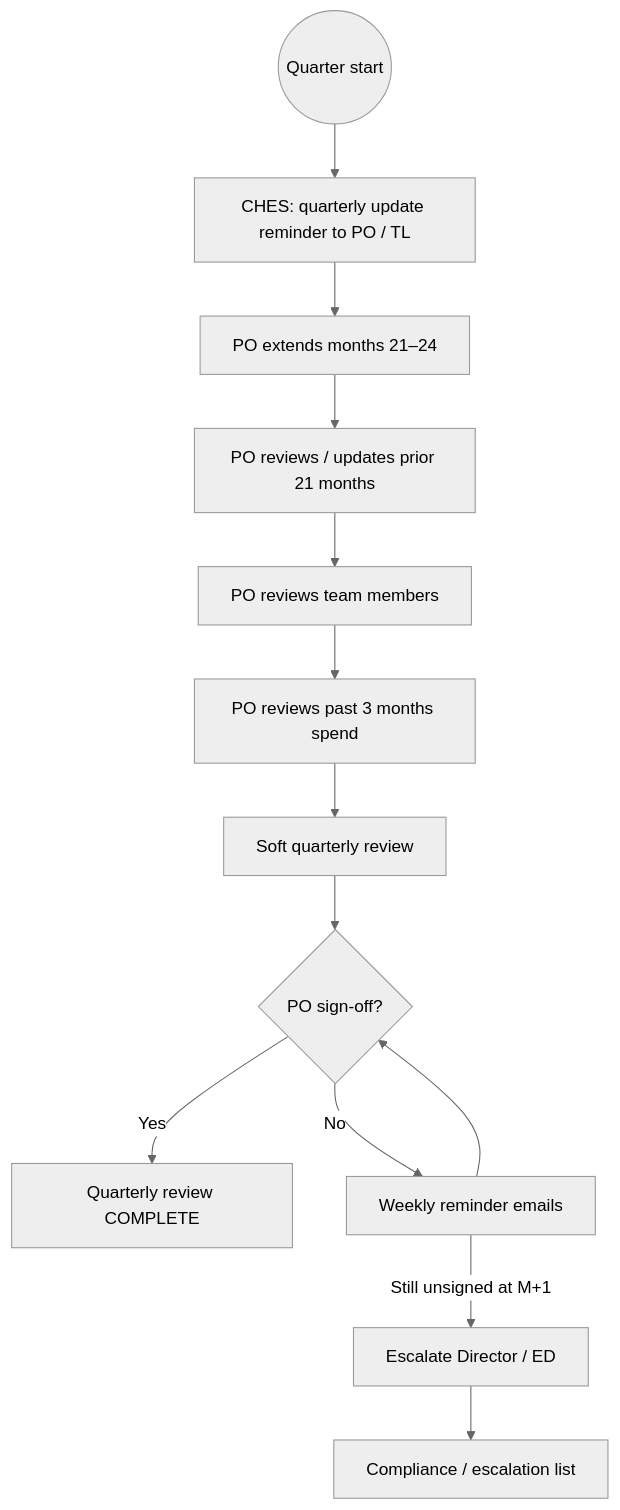
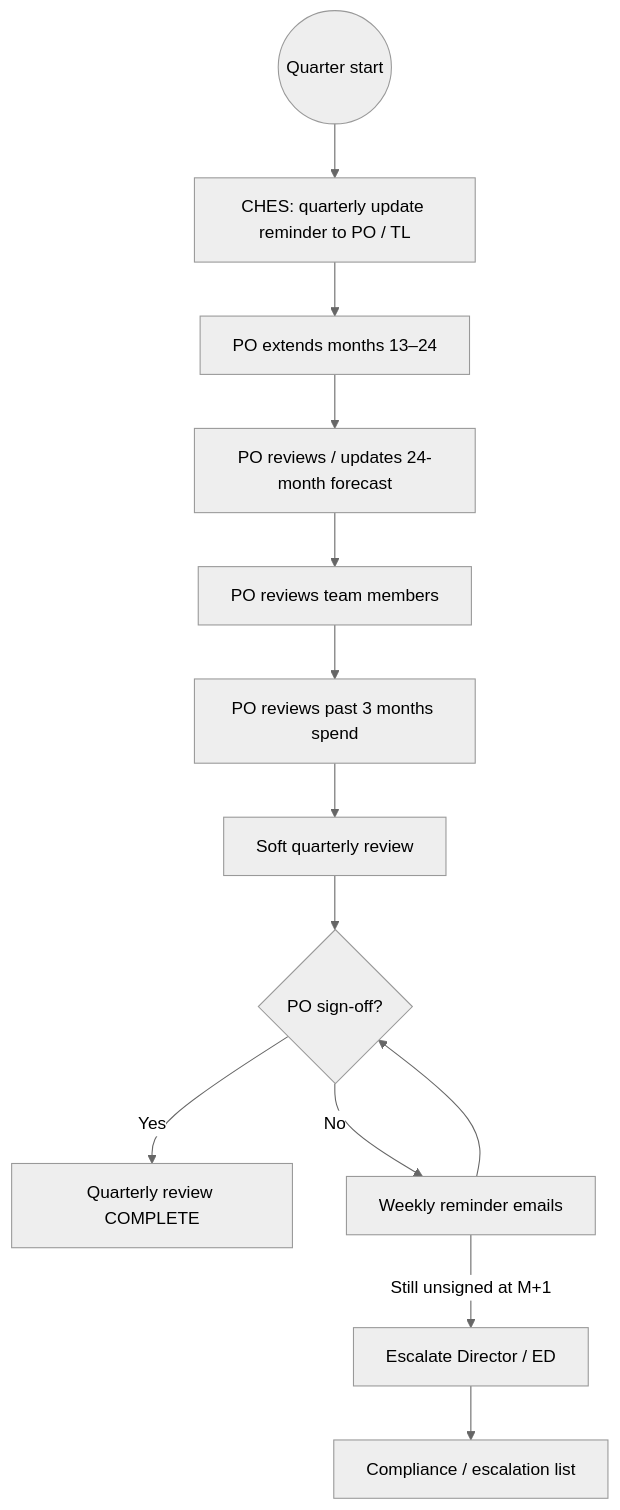
Before and after one commit to wrnu/platform-services-registry: the second of 5 diagrams in epics/cloud-cost-workflows.md, drawn with Mermaid (neutral theme). The commit also changed other lines of this file and 6 other files, not shown here.

````diff
--- a/epics/cloud-cost-workflows.md
+++ b/epics/cloud-cost-workflows.md
@@ -31,16 +31,16 @@
 ```mermaid
 flowchart TB
     Q((Quarter start))
     Q --> R[CHES: quarterly update reminder to PO / TL]
-    R --> U[PO extends months 21–24]
-    U --> V[PO reviews / updates prior 21 months]
+    R --> U[PO extends months 13–24]
+    U --> V[PO reviews / updates 24-month forecast]
     V --> W[PO reviews team members]
     W --> X[PO reviews past 3 months spend]
     X --> Y[Soft quarterly review]
     Y --> Z{PO sign-off?}
     Z -->|Yes| OK[Quarterly review COMPLETE]
     Z -->|No| Wk[Weekly reminder emails]
     Wk --> Z
     Wk -->|Still unsigned at M+1| Esc[Escalate Director / ED]
     Esc --> NC[Compliance / escalation list]
 ```
````
